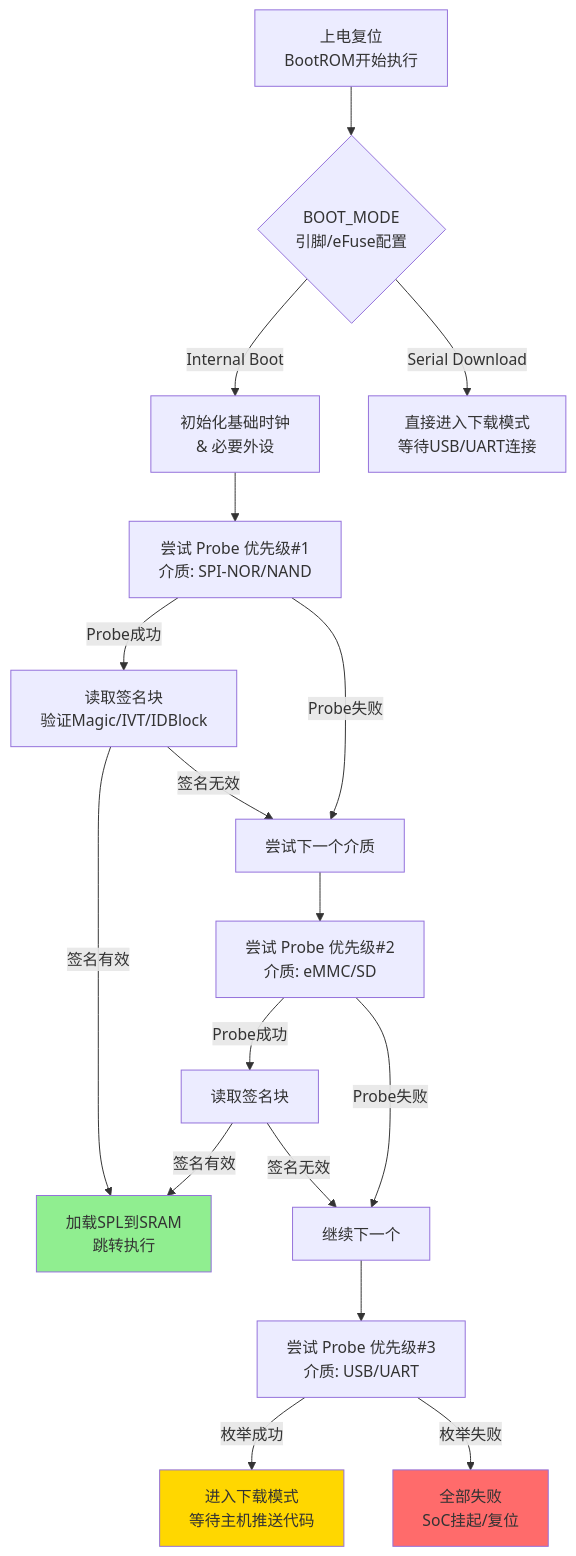
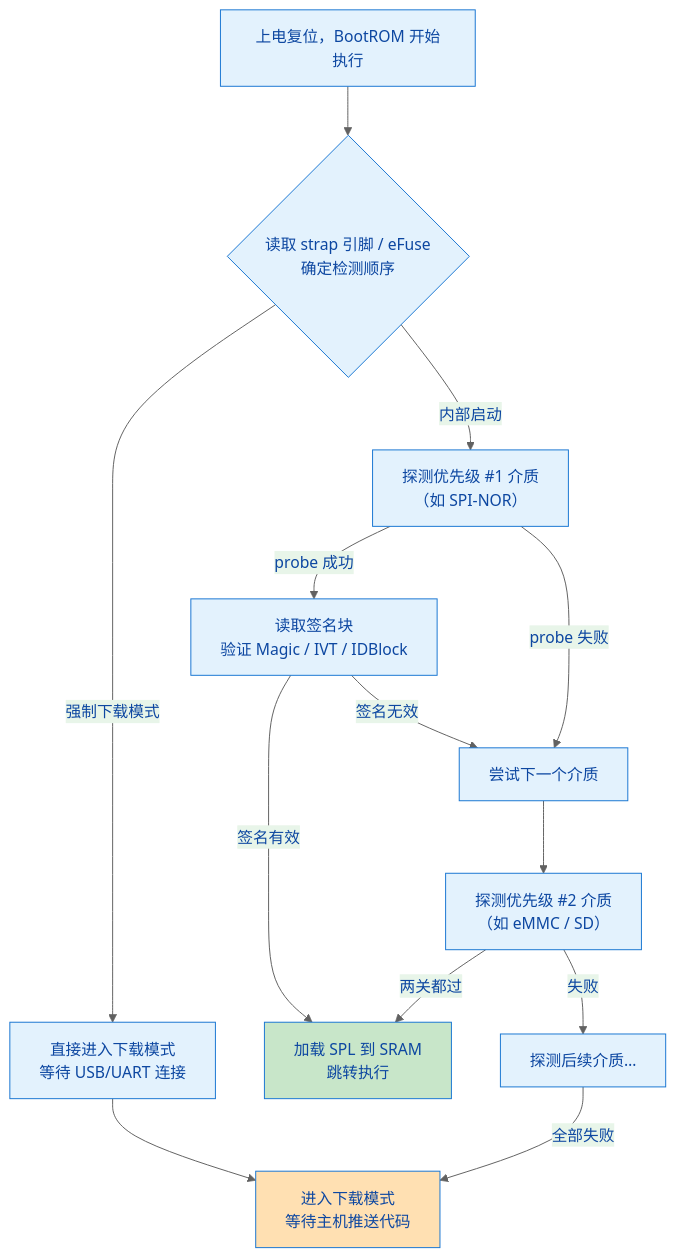
One commit to xiaohong0925/Embedded_Knowledge_System_V2026 changed the first of 2 diagrams in docs/02-核心机制深度解析/第7章 启动链深度解析/7.1.2_启动介质检测顺序.md. Above: the diagram before and after it, drawn with Mermaid. The commit also changed other lines of this file and 20 other files, not shown here.

````diff
--- a/docs/02-核心机制深度解析/第7章 启动链深度解析/7.1.2_启动介质检测顺序.md
+++ b/docs/02-核心机制深度解析/第7章 启动链深度解析/7.1.2_启动介质检测顺序.md
@@ -42,22 +56,18 @@
 ```mermaid
+%%{init: {'theme': 'base', 'themeVariables': { 'primaryColor': '#e3f2fd', 'primaryTextColor': '#0d47a1', 'primaryBorderColor': '#1976d2', 'lineColor': '#616161', 'secondaryColor': '#e8f5e9', 'tertiaryColor': '#fff3e0'}}}%%
 flowchart TD
-    A[上电复位<br>BootROM开始执行] --> B{BOOT_MODE<br>引脚/eFuse配置}
-    B -->|Internal Boot| C[初始化基础时钟<br>& 必要外设]
-    B -->|Serial Download| D[直接进入下载模式<br>等待USB/UART连接]
-    C --> E[尝试 Probe 优先级#1<br>介质: SPI-NOR/NAND]
-    E -->|Probe成功| F[读取签名块<br>验证Magic/IVT/IDBlock]
-    F -->|签名有效| G[加载SPL到SRAM<br>跳转执行]
-    F -->|签名无效| H[尝试下一个介质]
-    E -->|Probe失败| H
-    H --> I[尝试 Probe 优先级#2<br>介质: eMMC/SD]
-    I -->|Probe成功| J[读取签名块]
-    J -->|签名有效| G
-    J -->|签名无效| K[继续下一个]
-    I -->|Probe失败| K
-    K --> L[尝试 Probe 优先级#3<br>介质: USB/UART]
-    L -->|枚举成功| M[进入下载模式<br>等待主机推送代码]
-    L -->|枚举失败| N[全部失败<br>SoC挂起/复位]
-    style G fill:#90EE90
-    style M fill:#FFD700
-    style N fill:#FF6B6B
+    A["上电复位，BootROM 开始执行"] --> B{"读取 strap 引脚 / eFuse<br>确定检测顺序"}
+    B -->|强制下载模式| D["直接进入下载模式<br>等待 USB/UART 连接"]
+    B -->|内部启动| E["探测优先级 #1 介质<br>（如 SPI-NOR）"]
+    E -->|probe 成功| F["读取签名块<br>验证 Magic / IVT / IDBlock"]
+    E -->|probe 失败| H["尝试下一个介质"]
+    F -->|签名有效| G["加载 SPL 到 SRAM<br>跳转执行"]
+    F -->|签名无效| H
+    H --> I["探测优先级 #2 介质<br>（如 eMMC / SD）"]
+    I -->|两关都过| G
+    I -->|失败| K["探测后续介质…"]
+    K -->|全部失败| M["进入下载模式<br>等待主机推送代码"]
+    D --> M
+    style G fill:#c8e6c9
+    style M fill:#ffe0b2
 ```
````
